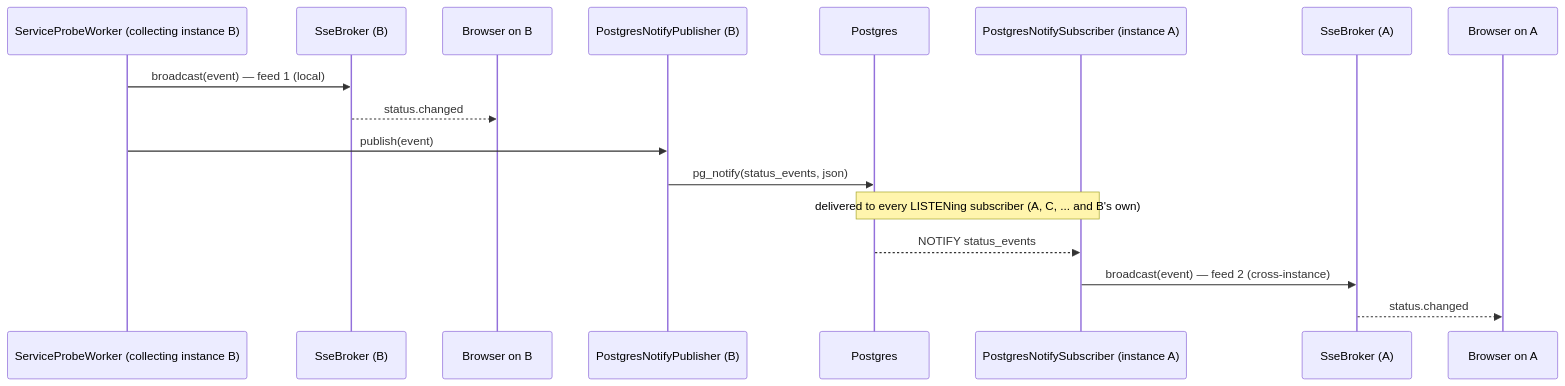
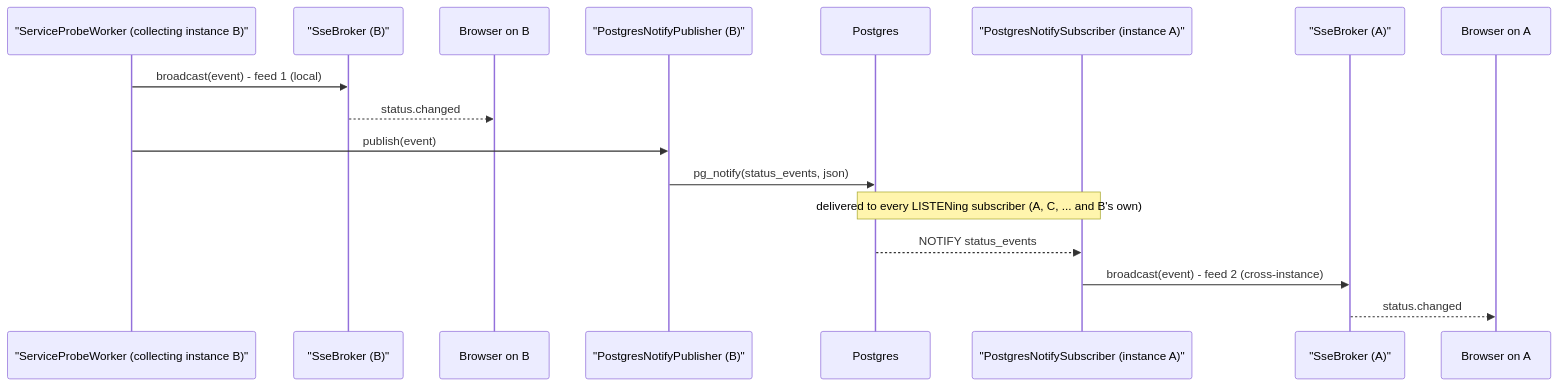
One commit to caelcs/status-api changed the third of 3 diagrams in docs/architecture.md. Above: the diagram before and after it, drawn with Mermaid. The commit also changed other lines of this file, not shown here.

First line of the commit message:
docs(status-api): fix the mermaid diagrams so they render on GitHub (#001)

````diff
--- a/docs/architecture.md
+++ b/docs/architecture.md
@@ -327,20 +327,20 @@
 ```mermaid
 sequenceDiagram
-    participant WorkerB as ServiceProbeWorker (collecting instance B)
-    participant BrokerB as SseBroker (B)
+    participant WorkerB as "ServiceProbeWorker (collecting instance B)"
+    participant BrokerB as "SseBroker (B)"
     participant ClientB as Browser on B
-    participant Notify as PostgresNotifyPublisher (B)
+    participant Notify as "PostgresNotifyPublisher (B)"
     participant PG as Postgres
-    participant SubscriberA as PostgresNotifySubscriber (instance A)
-    participant BrokerA as SseBroker (A)
+    participant SubscriberA as "PostgresNotifySubscriber (instance A)"
+    participant BrokerA as "SseBroker (A)"
     participant ClientA as Browser on A
 
-    WorkerB->>BrokerB: broadcast(event) — feed 1 (local)
+    WorkerB->>BrokerB: broadcast(event) - feed 1 (local)
     BrokerB-->>ClientB: status.changed
     WorkerB->>Notify: publish(event)
     Notify->>PG: pg_notify(status_events, json)
     Note over PG,SubscriberA: delivered to every LISTENing subscriber (A, C, ... and B's own)
     PG-->>SubscriberA: NOTIFY status_events
-    SubscriberA->>BrokerA: broadcast(event) — feed 2 (cross-instance)
+    SubscriberA->>BrokerA: broadcast(event) - feed 2 (cross-instance)
     BrokerA-->>ClientA: status.changed
 ```
````
